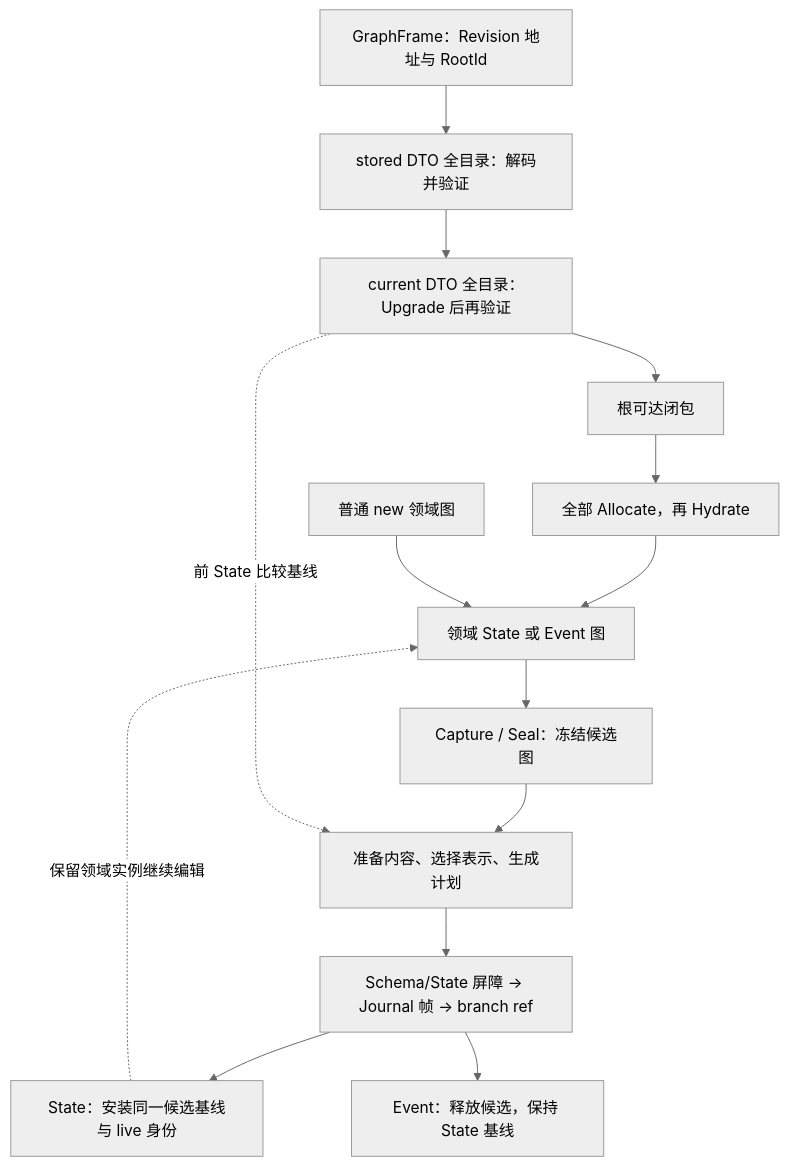
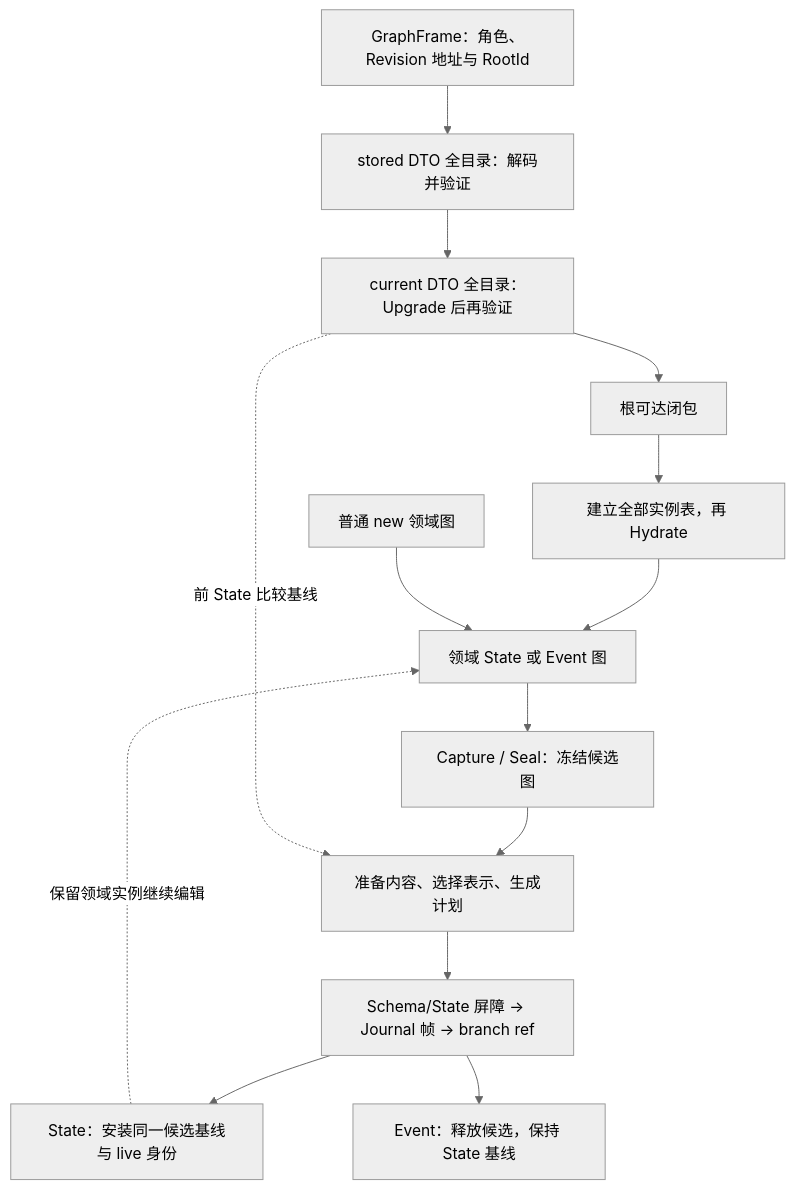
One commit to Atelia-org/durable-graph changed the diagram in docs/DurableGraph-glossary.md. Above: the diagram before and after it, drawn with Mermaid (neutral theme). The commit also changed other lines of this file and 17 other files, not shown here.

````diff
--- a/docs/DurableGraph-glossary.md
+++ b/docs/DurableGraph-glossary.md
@@ -23,16 +84,16 @@
 ```mermaid
 flowchart TD
-    R["GraphFrame：Revision 地址与 RootId"] --> D["stored DTO 全目录：解码并验证"]
+    R["GraphFrame：角色、Revision 地址与 RootId"] --> D["stored DTO 全目录：解码并验证"]
     D --> N["current DTO 全目录：Upgrade 后再验证"]
     N --> C["根可达闭包"]
-    C --> A["全部 Allocate，再 Hydrate"]
+    C --> A["建立全部实例表，再 Hydrate"]
     A --> W["领域 State 或 Event 图"]
     New["普通 new 领域图"] --> W
     W --> F["Capture / Seal：冻结候选图"]
     F --> P["准备内容、选择表示、生成计划"]
     N -. "前 State 比较基线" .-> P
     P --> S["Schema/State 屏障 → Journal 帧 → branch ref"]
     S --> I["State：安装同一候选基线与 live 身份"]
     S --> E["Event：释放候选，保持 State 基线"]
     I -. "保留领域实例继续编辑" .-> W
 ```
````
